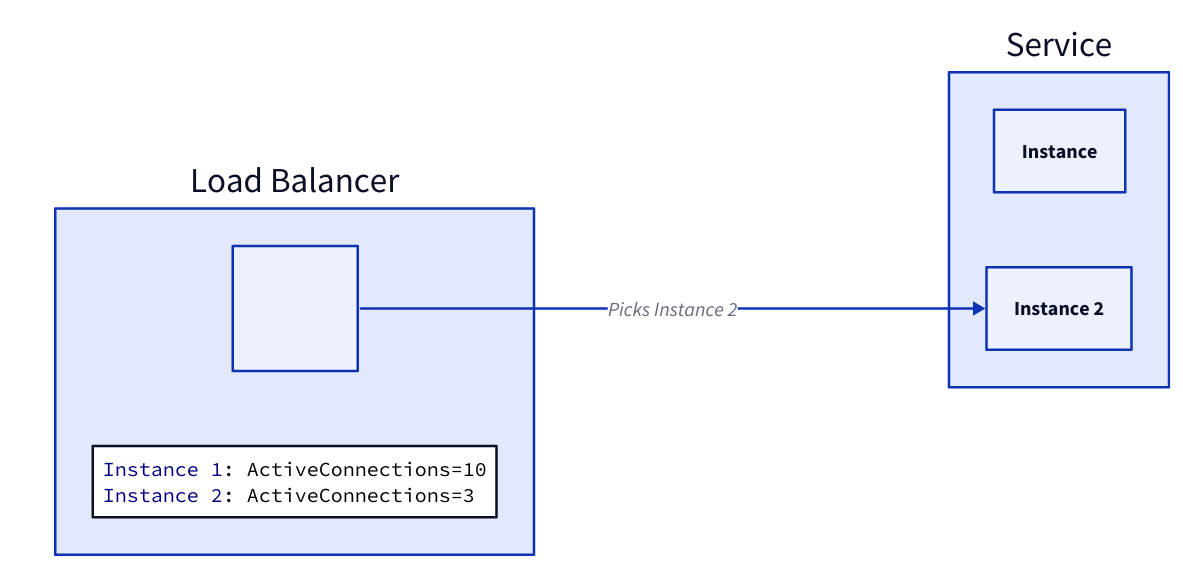
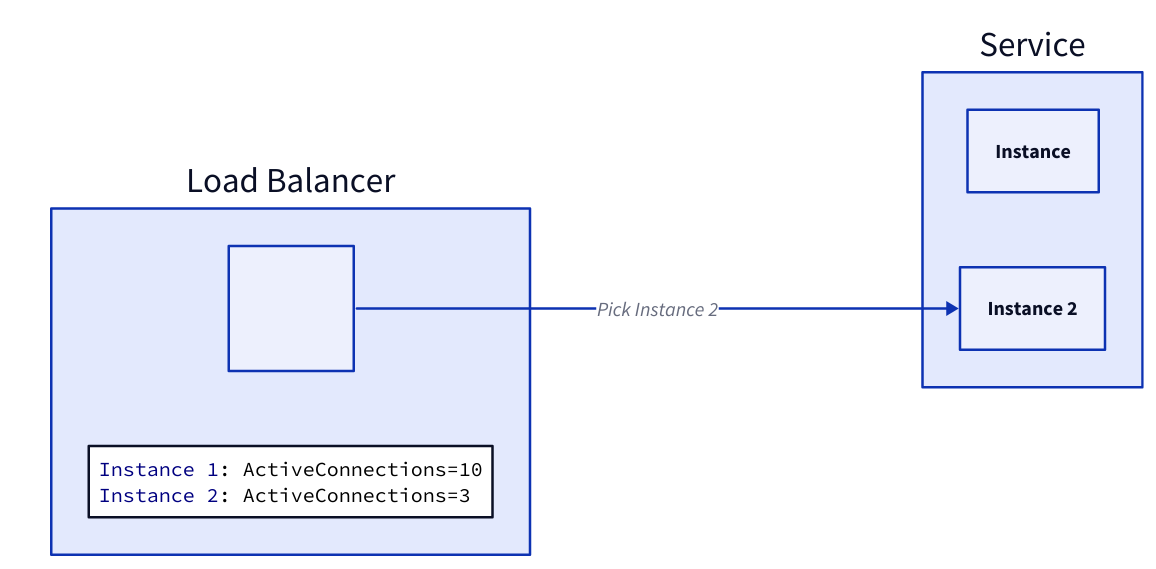
One commit to link1905/system-design-101 changed the eighth of 20 diagrams in content/docs/web-service/load-balancer.md. Above: the diagram before and after it, drawn with D2. The commit also changed other lines of this file and 12 other files, not shown here.

````diff
--- a/content/docs/web-service/load-balancer.md
+++ b/content/docs/web-service/load-balancer.md
@@ -269,22 +239,21 @@
 ```d2
-
 direction: right
 s: Service {
-    s1: Instance {
-        class: server
-    }
-    s2: Instance 2 {
-        class: server
-    }
+  s1: Instance {
+    class: server
+  }
+  s2: Instance 2 {
+    class: server
+  }
 }
 lb: Load Balancer {
   lb: "" {
     class: lb
   }
   r: |||yaml
   Instance 1: ActiveConnections=10
   Instance 2: ActiveConnections=3
   |||
 }
-lb.lb -> s.s2: Picks Instance 2 
+lb.lb -> s.s2: Pick Instance 2 
 ```
````
